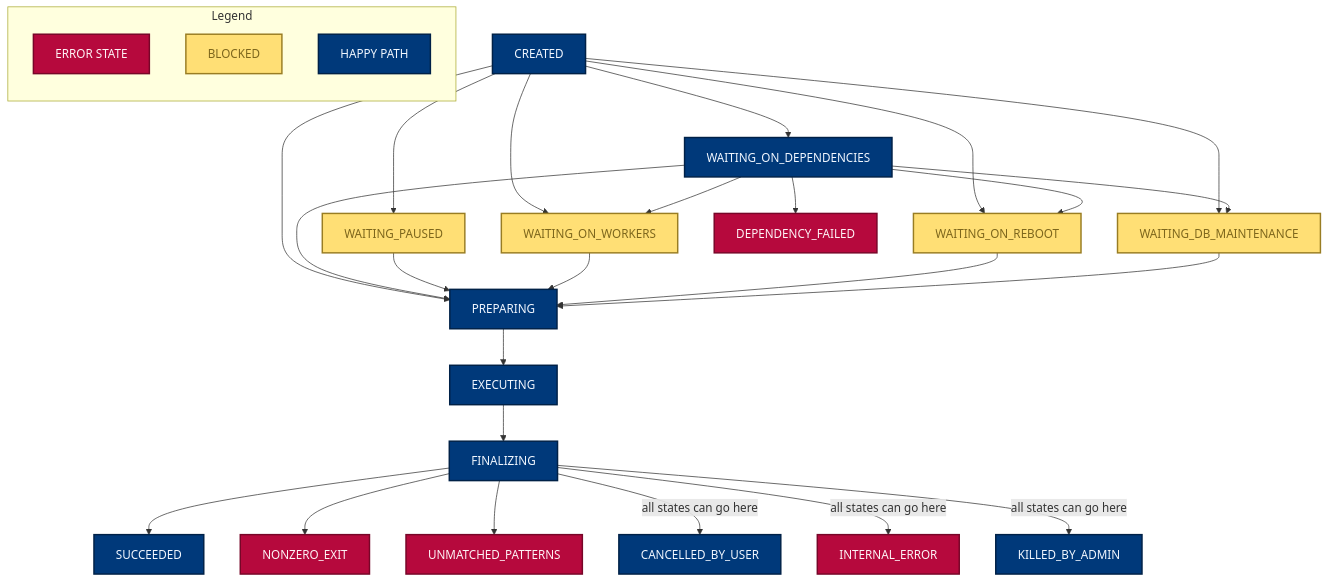
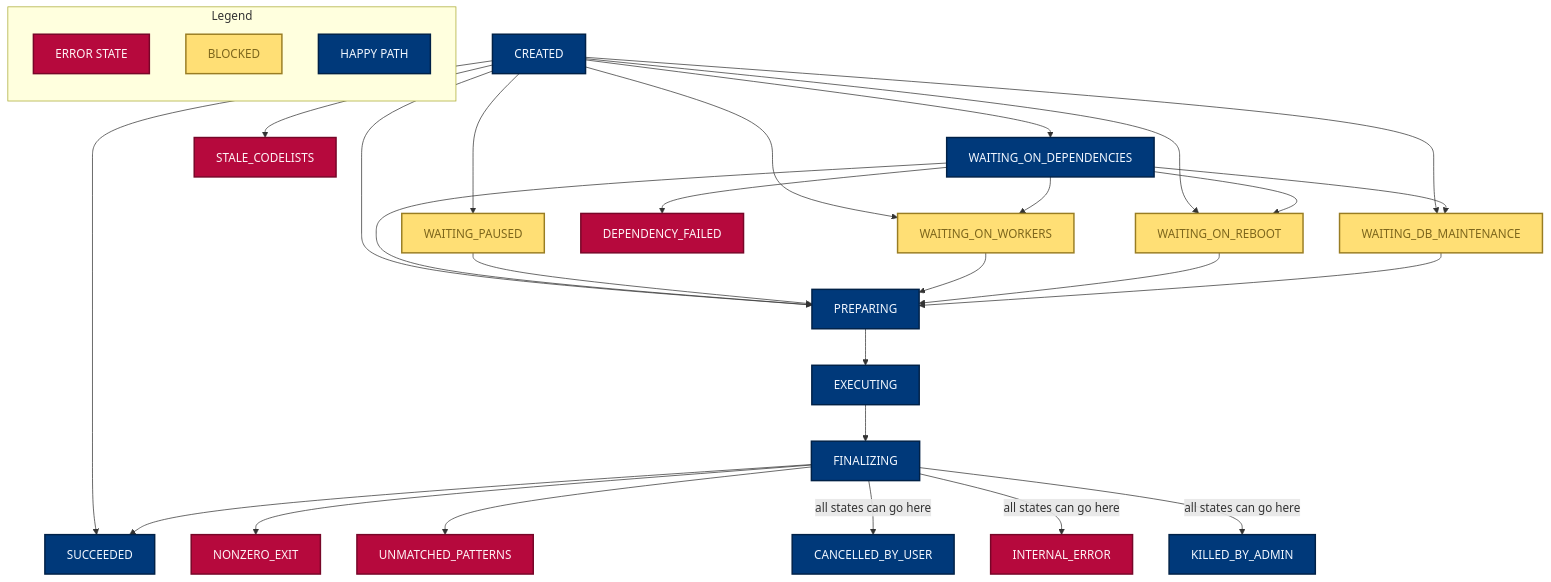
One commit to opensafely-core/job-runner changed the diagram in DEVELOPERS.md. Above: the diagram before and after it, drawn with Mermaid. The commit also changed 3 other files, not shown here.

First line of the commit message:
Add StatusCode.STALE_CODELISTS

````diff
--- a/DEVELOPERS.md
+++ b/DEVELOPERS.md
@@ -50,42 +50,44 @@
 ```mermaid
 graph TD
     CREATED --> PREPARING
     CREATED --> WAITING_ON_DEPENDENCIES
     CREATED --> WAITING_ON_WORKERS
     CREATED --> WAITING_ON_REBOOT
     CREATED --> WAITING_DB_MAINTENANCE
     CREATED --> WAITING_PAUSED
+    CREATED --> STALE_CODELISTS
+    CREATED --> SUCCEEDED
     WAITING_ON_DEPENDENCIES -->  WAITING_ON_WORKERS
     WAITING_ON_DEPENDENCIES -->  WAITING_ON_REBOOT
     WAITING_ON_DEPENDENCIES -->  WAITING_DB_MAINTENANCE
     WAITING_ON_DEPENDENCIES --> PREPARING
     WAITING_ON_DEPENDENCIES --> DEPENDENCY_FAILED
     WAITING_PAUSED --> PREPARING
     WAITING_ON_WORKERS --> PREPARING
     WAITING_ON_REBOOT --> PREPARING
     WAITING_DB_MAINTENANCE --> PREPARING
     PREPARING --> EXECUTING
     EXECUTING --> FINALIZING
     FINALIZING --> SUCCEEDED
     FINALIZING --> NONZERO_EXIT
     FINALIZING --> UNMATCHED_PATTERNS
     FINALIZING --all states can go here--> CANCELLED_BY_USER
     FINALIZING --all states can go here--> INTERNAL_ERROR
     FINALIZING --all states can go here--> KILLED_BY_ADMIN
 
     subgraph Legend
       direction TB
       LEGEND_ERROR[ERROR STATE]
       LEGEND_BLOCKED[BLOCKED]
       LEGEND_NORMAL[HAPPY PATH]
     end
 
     %% styles
     classDef default fill:#00397a,color:#f1f7ff,stroke-width:2px,stroke:#002147;
     classDef error fill:#b6093d,color:#fef3f6,stroke-width:2px,stroke:#770628;
     classDef blocking fill:#ffdf75,color:#7d661c,stroke-width:2px,stroke:#997d23;
 
     class LEGEND_BLOCKED,WAITING_ON_WORKERS,WAITING_ON_REBOOT,WAITING_PAUSED,WAITING_DB_MAINTENANCE blocking
-    class LEGEND_ERROR,INTERNAL_ERROR,UNMATCHED_PATTERNS,DEPENDENCY_FAILED,NONZERO_EXIT error
+    class LEGEND_ERROR,INTERNAL_ERROR,UNMATCHED_PATTERNS,DEPENDENCY_FAILED,NONZERO_EXIT,STALE_CODELISTS error
 
 ```
````
